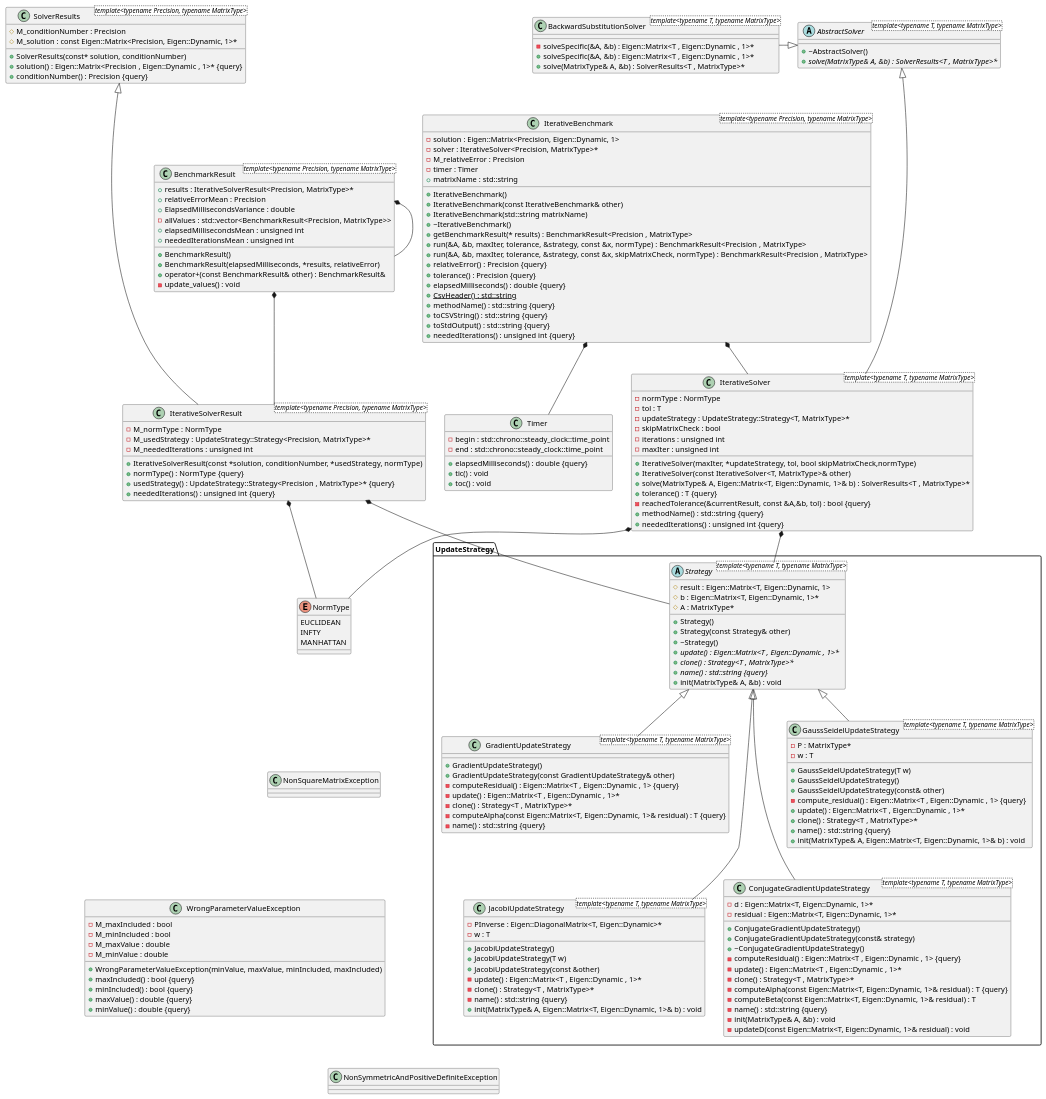
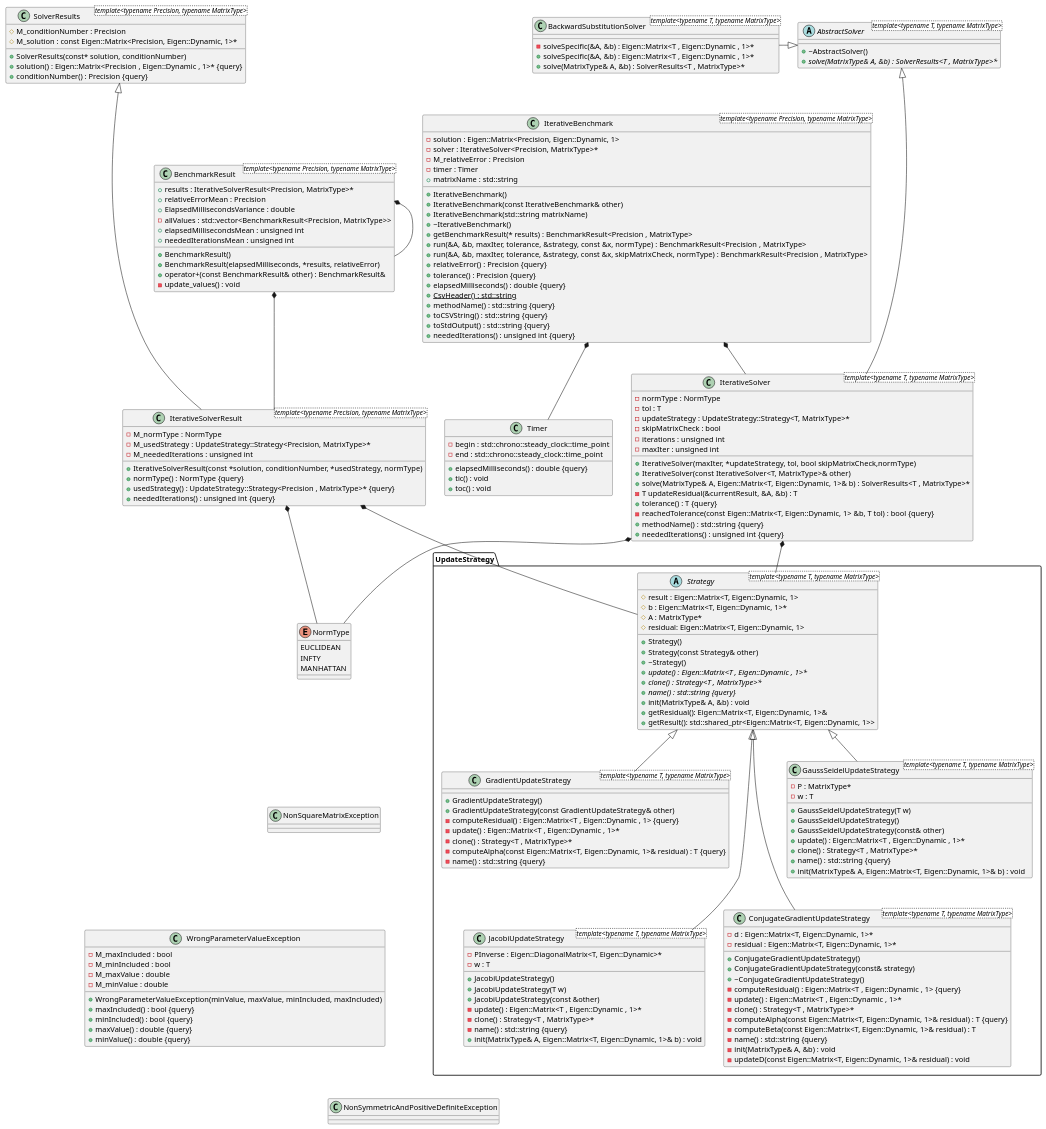
Before and after one commit to gabrielecanesi/iterative-solver: the diagram in classDiagram.puml, drawn with PlantUML. The commit also changed 1 other file, not shown here.

Commit message:
Update library class diagram according to last edit on main

```diff
--- a/classDiagram.puml
+++ b/classDiagram.puml
@@ -43,10 +43,11 @@
 	+IterativeSolver(const IterativeSolver<T, MatrixType>& other)
 	-normType : NormType
 	+solve(MatrixType& A, Eigen::Matrix<T, Eigen::Dynamic, 1>& b) : SolverResults<T , MatrixType>*
+        -T updateResidual(&currentResult, &A, &b) : T
 	-tol : T
 	+tolerance() : T {query}
 	-updateStrategy : UpdateStrategy::Strategy<T, MatrixType>*
-	-reachedTolerance(&currentResult, const &A,&b, tol) : bool {query}
+	-reachedTolerance(const Eigen::Matrix<T, Eigen::Dynamic, 1> &b, T tol) : bool {query}
 	-skipMatrixCheck : bool
 	+methodName() : std::string {query}
 	-iterations : unsigned int
@@ -147,7 +148,6 @@
 		+GaussSeidelUpdateStrategy(T w)
 		+GaussSeidelUpdateStrategy()
 		+GaussSeidelUpdateStrategy(const& other)
-		-compute_residual() : Eigen::Matrix<T , Eigen::Dynamic , 1> {query}
 		+update() : Eigen::Matrix<T , Eigen::Dynamic , 1>*
 		-P : MatrixType*
 		+clone() : Strategy<T , MatrixType>*
@@ -186,9 +186,12 @@
 		#result : Eigen::Matrix<T, Eigen::Dynamic, 1>
 		#b : Eigen::Matrix<T, Eigen::Dynamic, 1>*
 		#A : MatrixType*
+                #residual: Eigen::Matrix<T, Eigen::Dynamic, 1>
 		+{abstract} clone() : Strategy<T , MatrixType>*
 		+{abstract} name() : std::string {query}
 		+init(MatrixType& A, &b) : void
+                +getResidual(): Eigen::Matrix<T, Eigen::Dynamic, 1>&
+                +getResult(): std::shared_ptr<Eigen::Matrix<T, Eigen::Dynamic, 1>>
 	}
 }
 
```
